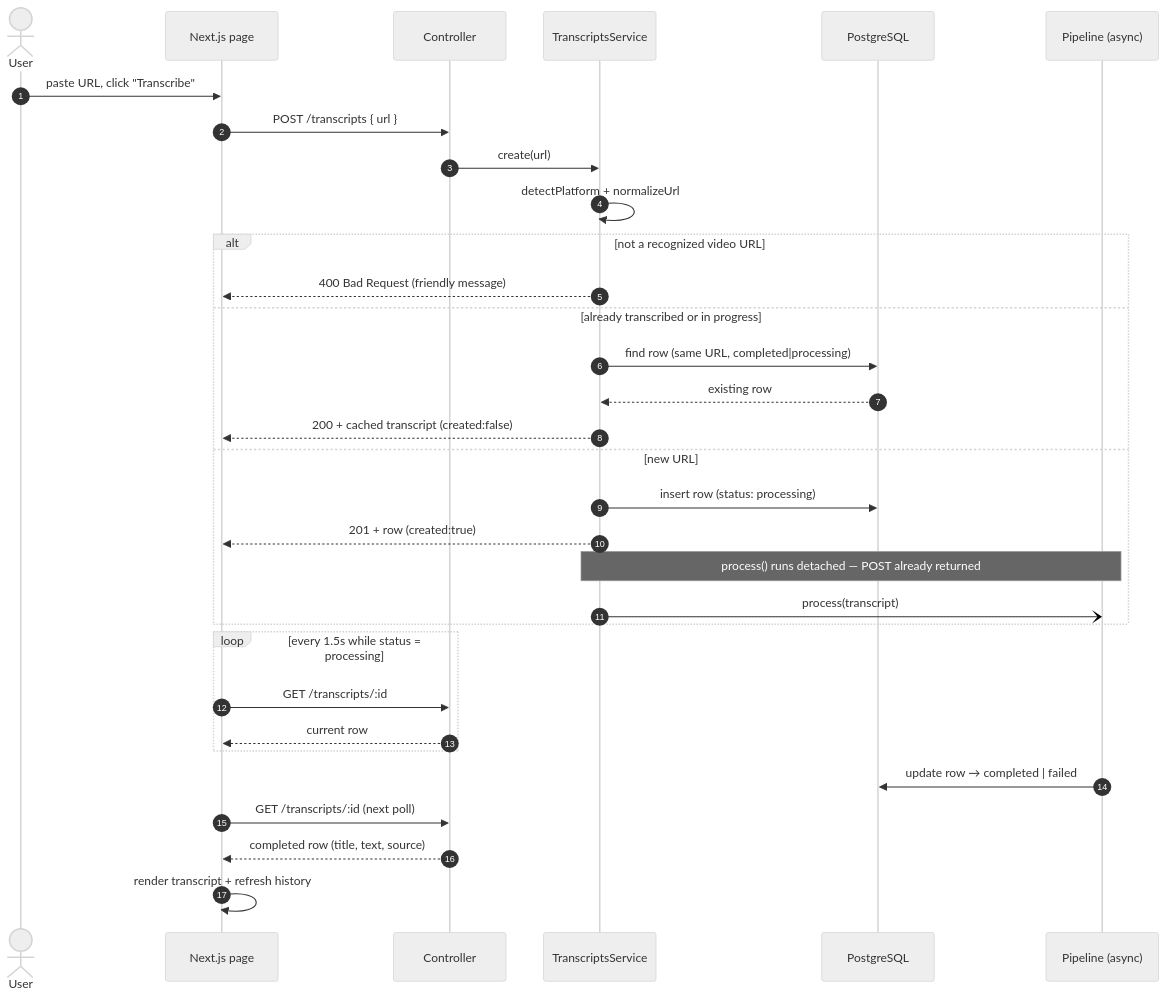
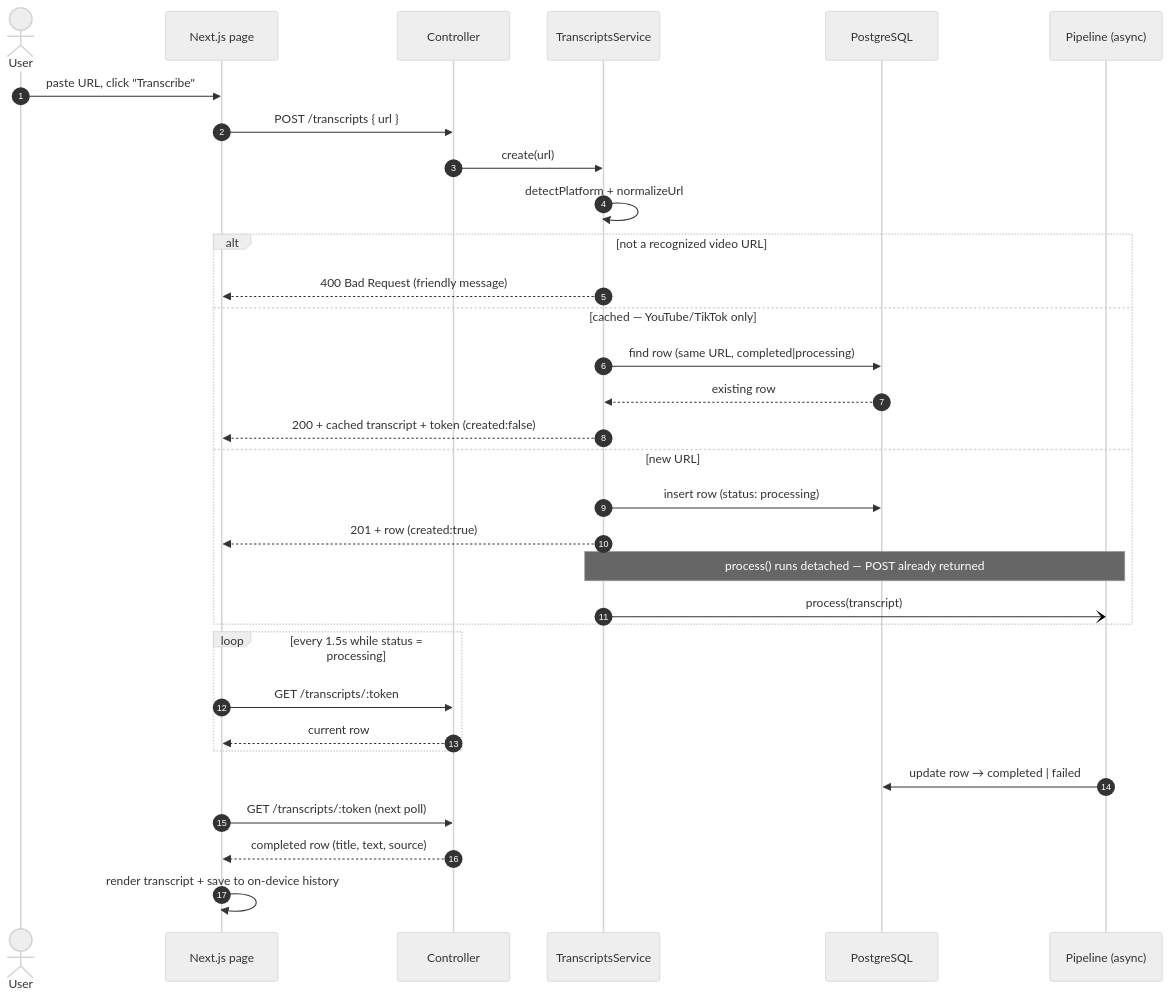
Before and after one commit to OlushesiToheeb/clipscript: the second of 5 diagrams in ARCHITECTURE.md, drawn with Mermaid (neutral theme). The commit also changed other lines of this file and 3 other files, not shown here.

````diff
--- a/ARCHITECTURE.md
+++ b/ARCHITECTURE.md
@@ -65,37 +65,37 @@
 ```mermaid
 sequenceDiagram
     autonumber
     actor User
     participant UI as Next.js page
     participant API as Controller
     participant SVC as TranscriptsService
     participant DB as PostgreSQL
     participant Pipe as Pipeline (async)
 
     User->>UI: paste URL, click "Transcribe"
     UI->>API: POST /transcripts { url }
     API->>SVC: create(url)
     SVC->>SVC: detectPlatform + normalizeUrl
     alt not a recognized video URL
         SVC-->>UI: 400 Bad Request (friendly message)
-    else already transcribed or in progress
+    else cached — YouTube/TikTok only
         SVC->>DB: find row (same URL, completed|processing)
         DB-->>SVC: existing row
-        SVC-->>UI: 200 + cached transcript (created:false)
+        SVC-->>UI: 200 + cached transcript + token (created:false)
     else new URL
         SVC->>DB: insert row (status: processing)
         SVC-->>UI: 201 + row (created:true)
         Note over SVC,Pipe: process() runs detached — POST already returned
         SVC-)Pipe: process(transcript)
     end
 
     loop every 1.5s while status = processing
-        UI->>API: GET /transcripts/:id
+        UI->>API: GET /transcripts/:token
         API-->>UI: current row
     end
 
     Pipe->>DB: update row → completed | failed
-    UI->>API: GET /transcripts/:id (next poll)
+    UI->>API: GET /transcripts/:token (next poll)
     API-->>UI: completed row (title, text, source)
-    UI->>UI: render transcript + refresh history
+    UI->>UI: render transcript + save to on-device history
 ```
````
